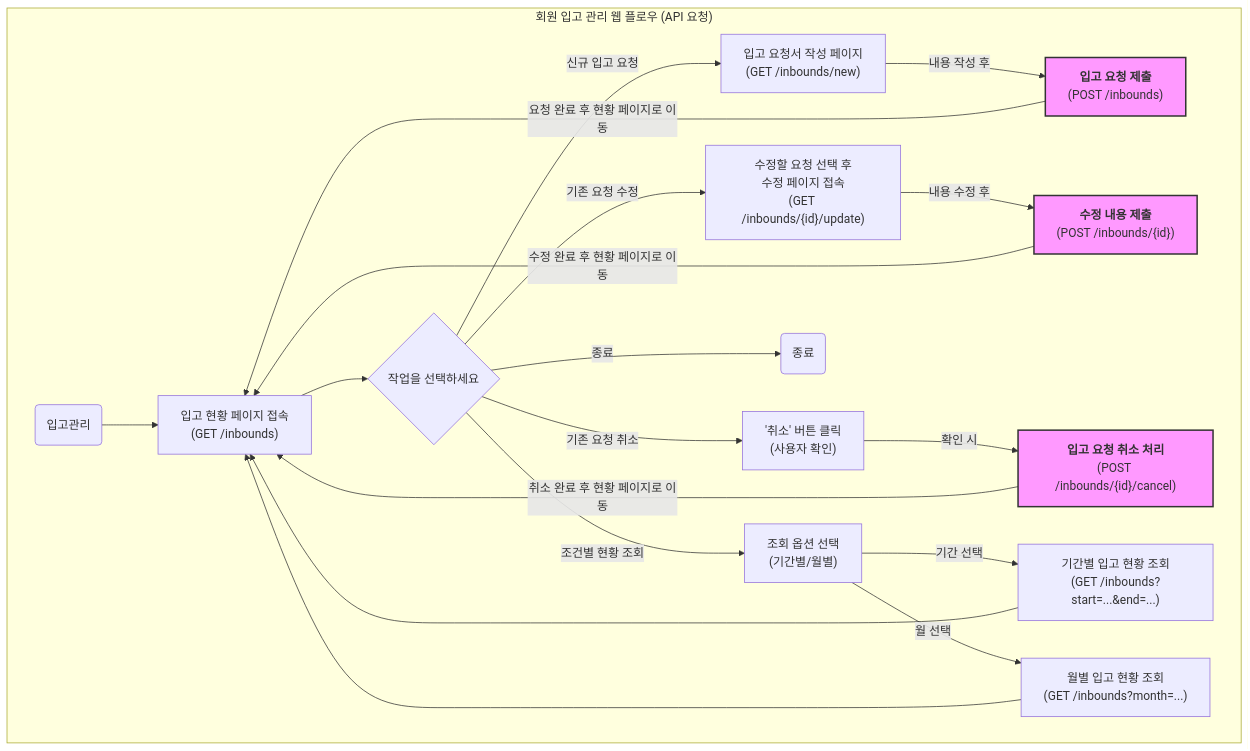
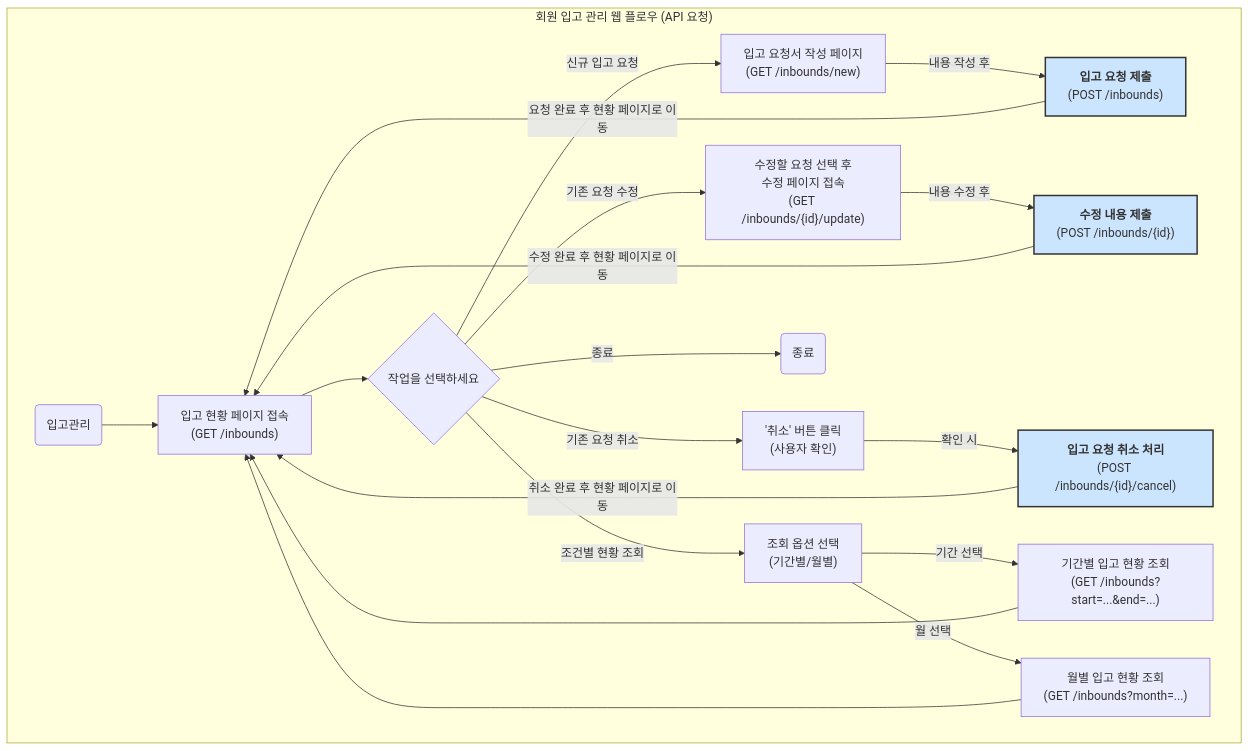
The first of 2 diagrams in docs/InboundFlowChart.md (SSG9-1-meow-meow/Meow-coffee), drawn with Mermaid before and after one commit. The commit also changed other lines of this file and 2 other files, not shown here.

Commit message:
docs: 플로우 차트 문서 정리

````diff
--- a/docs/InboundFlowChart.md
+++ b/docs/InboundFlowChart.md
@@ -3,31 +3,31 @@
 ```mermaid
 graph TD
     subgraph "회원 입고 관리 웹 플로우 (API 요청)"
         A(입고관리) --> B["입고 현황 페이지 접속<br/>(GET /inbounds)"];
         B --> C{"작업을 선택하세요"};
 
         C -- "신규 입고 요청" --> D["입고 요청서 작성 페이지<br/>(GET /inbounds/new)"];
         D -- "내용 작성 후" --> E["<b>입고 요청 제출</b><br/>(POST /inbounds)"];
         E -- "요청 완료 후 현황 페이지로 이동" --> B;
 
         C -- "기존 요청 수정" --> F["수정할 요청 선택 후<br/>수정 페이지 접속<br/>(GET /inbounds/{id}/update)"];
         F -- "내용 수정 후" --> G["<b>수정 내용 제출</b><br/>(POST /inbounds/{id})"];
         G -- "수정 완료 후 현황 페이지로 이동" --> B;
 
         C -- "기존 요청 취소" --> H["'취소' 버튼 클릭<br/>(사용자 확인)"];
         H -- "확인 시" --> I["<b>입고 요청 취소 처리</b><br/>(POST /inbounds/{id}/cancel)"];
         I -- "취소 완료 후 현황 페이지로 이동" --> B;
 
         C -- "조건별 현황 조회" --> J["조회 옵션 선택<br/>(기간별/월별)"];
         J -- "기간 선택" --> K["기간별 입고 현황 조회<br/>(GET /inbounds?start=...&end=...)"];
         J -- "월 선택" --> L["월별 입고 현황 조회<br/>(GET /inbounds?month=...)"];
         K --> B;
         L --> B;
 
         C -- "종료" --> M(종료);
     end
 
-    style E fill:#f9f,stroke:#333,stroke-width:2px
-    style G fill:#f9f,stroke:#333,stroke-width:2px
-    style I fill:#f9f,stroke:#333,stroke-width:2px
+    style E fill:#cce5ff,stroke:#333,stroke-width:2px
+    style G fill:#cce5ff,stroke:#333,stroke-width:2px
+    style I fill:#cce5ff,stroke:#333,stroke-width:2px
 ```
````
